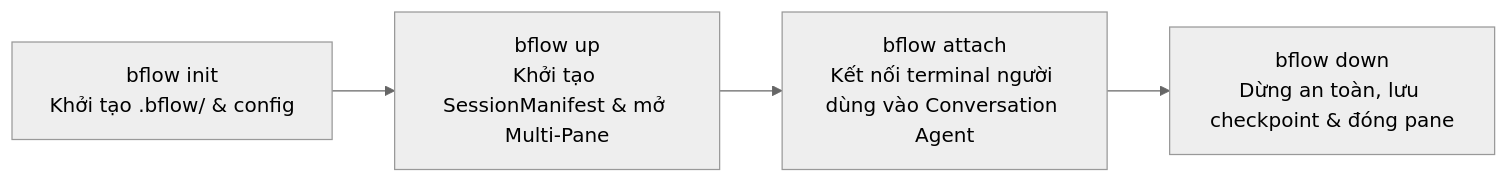
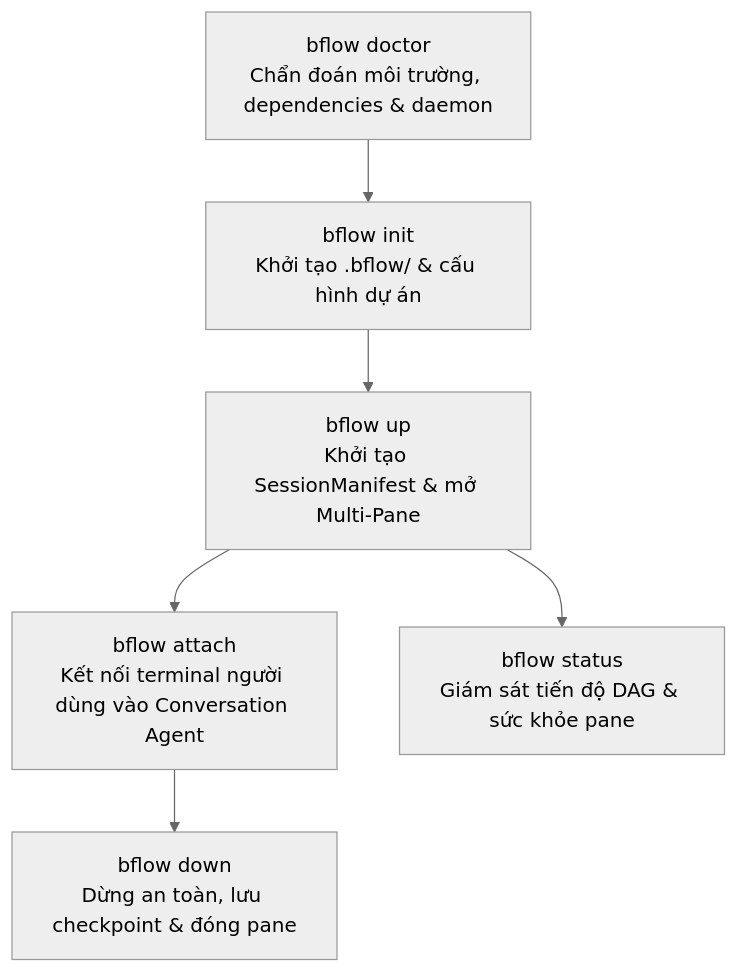
Before and after one commit to qxbao/bflow: the sixth of 7 diagrams in docs/architecture-v2.md, drawn with Mermaid (neutral theme). The commit also changed other lines of this file and 7 other files, not shown here.

````diff
--- a/docs/architecture-v2.md
+++ b/docs/architecture-v2.md
@@ -571,6 +593,8 @@
 ```mermaid
-flowchart LR
-  Init["bflow init<br/>Khởi tạo .bflow/ & config"] --> Up["bflow up<br/>Khởi tạo SessionManifest & mở Multi-Pane"]
+flowchart TD
+  Doctor["bflow doctor<br/>Chẩn đoán môi trường, dependencies & daemon"] --> Init["bflow init<br/>Khởi tạo .bflow/ & cấu hình dự án"]
+  Init --> Up["bflow up<br/>Khởi tạo SessionManifest & mở Multi-Pane"]
   Up --> Attach["bflow attach<br/>Kết nối terminal người dùng vào Conversation Agent"]
+  Up --> Status["bflow status<br/>Giám sát tiến độ DAG & sức khỏe pane"]
   Attach --> Down["bflow down<br/>Dừng an toàn, lưu checkpoint & đóng pane"]
 ```
````
